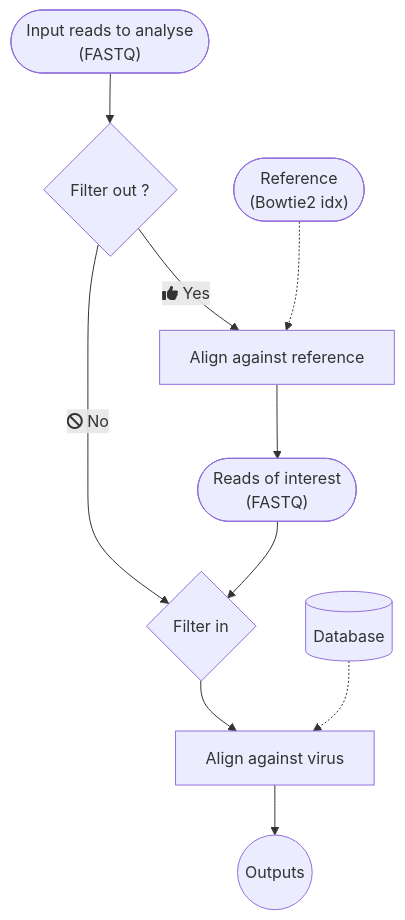
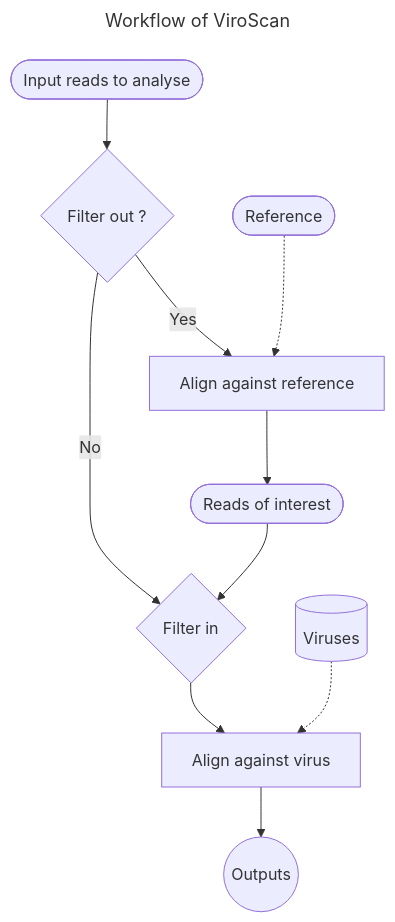
One commit to srh-bzd/ViroScan changed the diagram in README.md. Above: the diagram before and after it, drawn with Mermaid.

````diff
--- a/README.md
+++ b/README.md
@@ -5,15 +5,15 @@
 ```mermaid
+---
+title: Workflow of ViroScan
+---
 flowchart TD
-    A(["`Input reads to analyse 
-    (FASTQ)`"]) --> B{Filter out ?};
-    B -- fa:fa-ban No --> F{Filter in};
-    B -- fa:fa-thumbs-up Yes --> C[Align against reference];
-    D(["`Reference
-    (Bowtie2 idx)`"]) -.-> C;
-    C --> E(["`Reads of interest 
-    (FASTQ)`"]);
+    A([Input reads to analyse]) --> B{Filter out ?};
+    B -- No --> F{Filter in};
+    B -- Yes --> C[Align against reference];
+    D([Reference]) -.-> C;
+    C --> E([Reads of interest]);
     E --> F;
     F --> G[Align against virus];
-    H[(Database)] -.-> G;
+    H[(Viruses)] -.-> G;
     G --> I((Outputs));
 ```
````
